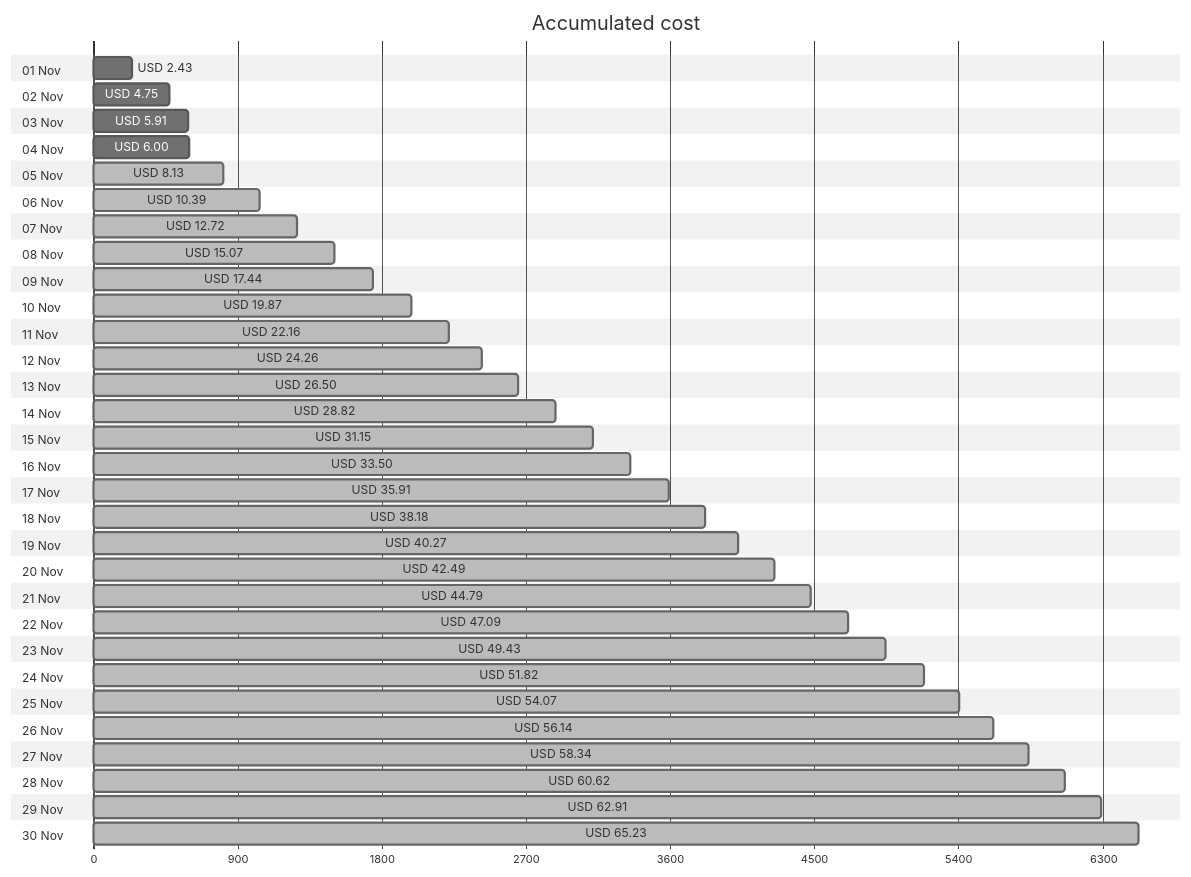
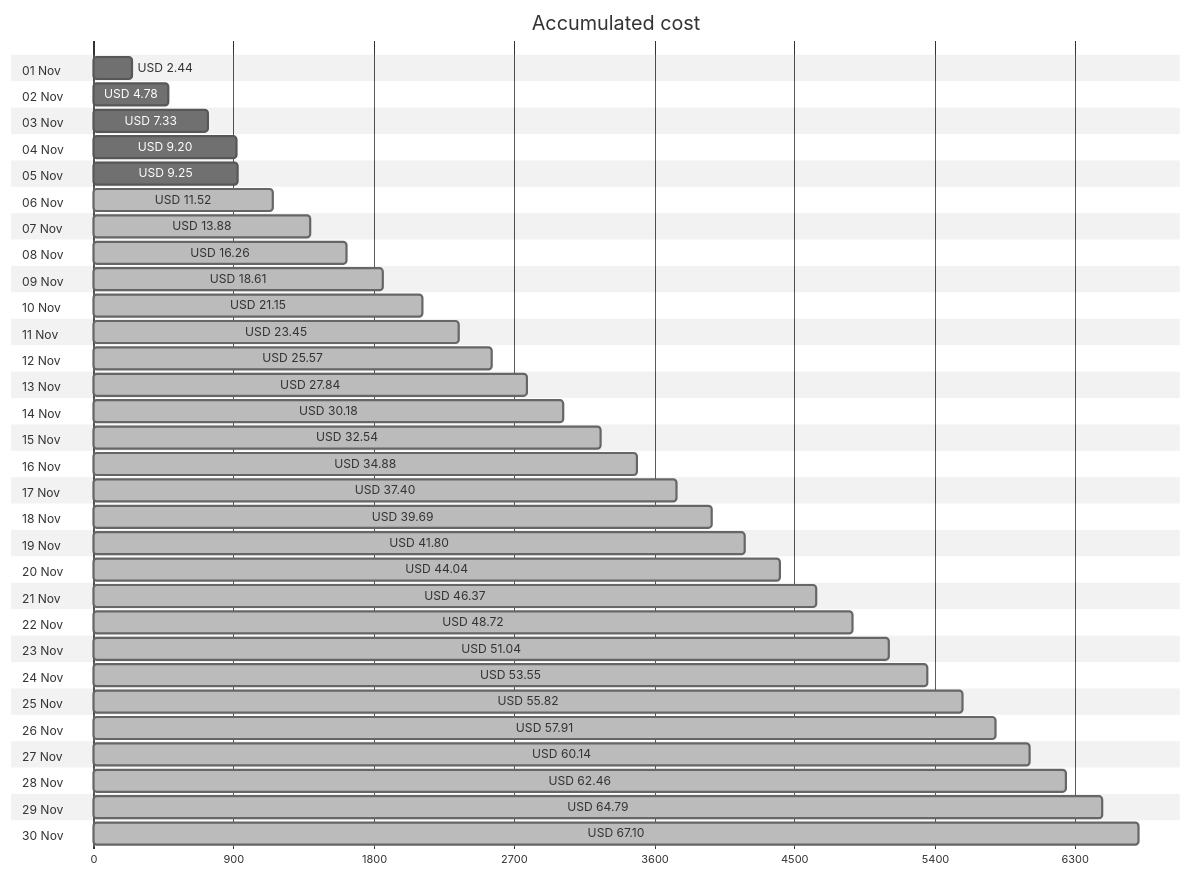
The first of 4 diagrams in cost-reports/accumulated-cost.md (jpfulton/azure-personal-reports), drawn with Mermaid (neutral theme) before and after one commit. The commit also changed other lines of this file and 4 other files, not shown here.

````diff
--- a/cost-reports/accumulated-cost.md
+++ b/cost-reports/accumulated-cost.md
@@ -20,66 +20,66 @@
 ```mermaid
 gantt
    title Accumulated cost
    dateFormat  X
    axisFormat %s
    section 01 Nov
-   USD 2.43 :0, 243
+   USD 2.44 :0, 244
    section 02 Nov
-   USD 4.75 :0, 475
+   USD 4.78 :0, 478
    section 03 Nov
-   USD 5.91 :0, 591
+   USD 7.33 :0, 733
    section 04 Nov
-   USD 6.00 :0, 600
+   USD 9.20 :0, 920
    section 05 Nov
-   USD 8.13 : done, 0, 813
+   USD 9.25 :0, 925
    section 06 Nov
-   USD 10.39 : done, 0, 1039
+   USD 11.52 : done, 0, 1152
    section 07 Nov
-   USD 12.72 : done, 0, 1272
+   USD 13.88 : done, 0, 1388
    section 08 Nov
-   USD 15.07 : done, 0, 1507
+   USD 16.26 : done, 0, 1626
    section 09 Nov
-   USD 17.44 : done, 0, 1744
+   USD 18.61 : done, 0, 1861
    section 10 Nov
-   USD 19.87 : done, 0, 1987
+   USD 21.15 : done, 0, 2115
    section 11 Nov
-   USD 22.16 : done, 0, 2216
+   USD 23.45 : done, 0, 2345
    section 12 Nov
-   USD 24.26 : done, 0, 2426
+   USD 25.57 : done, 0, 2557
    section 13 Nov
-   USD 26.50 : done, 0, 2650
+   USD 27.84 : done, 0, 2784
    section 14 Nov
-   USD 28.82 : done, 0, 2882
+   USD 30.18 : done, 0, 3018
    section 15 Nov
-   USD 31.15 : done, 0, 3115
+   USD 32.54 : done, 0, 3254
    section 16 Nov
-   USD 33.50 : done, 0, 3350
+   USD 34.88 : done, 0, 3488
    section 17 Nov
-   USD 35.91 : done, 0, 3591
+   USD 37.40 : done, 0, 3740
    section 18 Nov
-   USD 38.18 : done, 0, 3818
+   USD 39.69 : done, 0, 3969
    section 19 Nov
-   USD 40.27 : done, 0, 4027
+   USD 41.80 : done, 0, 4180
    section 20 Nov
-   USD 42.49 : done, 0, 4249
+   USD 44.04 : done, 0, 4404
    section 21 Nov
-   USD 44.79 : done, 0, 4479
+   USD 46.37 : done, 0, 4637
    section 22 Nov
-   USD 47.09 : done, 0, 4709
+   USD 48.72 : done, 0, 4872
    section 23 Nov
-   USD 49.43 : done, 0, 4943
+   USD 51.04 : done, 0, 5104
    section 24 Nov
-   USD 51.82 : done, 0, 5182
+   USD 53.55 : done, 0, 5355
    section 25 Nov
-   USD 54.07 : done, 0, 5407
+   USD 55.82 : done, 0, 5582
    section 26 Nov
-   USD 56.14 : done, 0, 5614
+   USD 57.91 : done, 0, 5791
    section 27 Nov
-   USD 58.34 : done, 0, 5834
+   USD 60.14 : done, 0, 6014
    section 28 Nov
-   USD 60.62 : done, 0, 6062
+   USD 62.46 : done, 0, 6246
    section 29 Nov
-   USD 62.91 : done, 0, 6291
+   USD 64.79 : done, 0, 6479
    section 30 Nov
-   USD 65.23 : done, 0, 6523
+   USD 67.10 : done, 0, 6710
 ```
````
